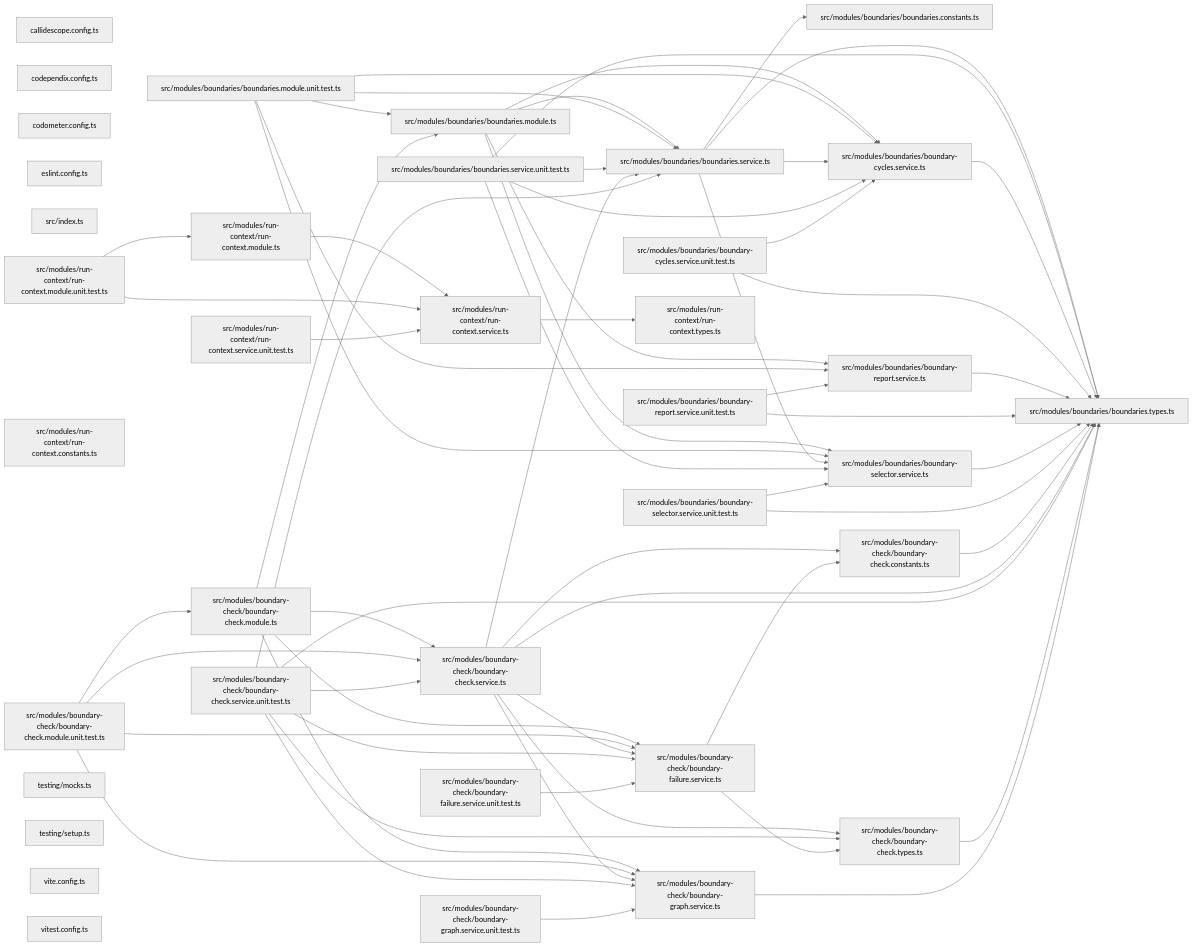
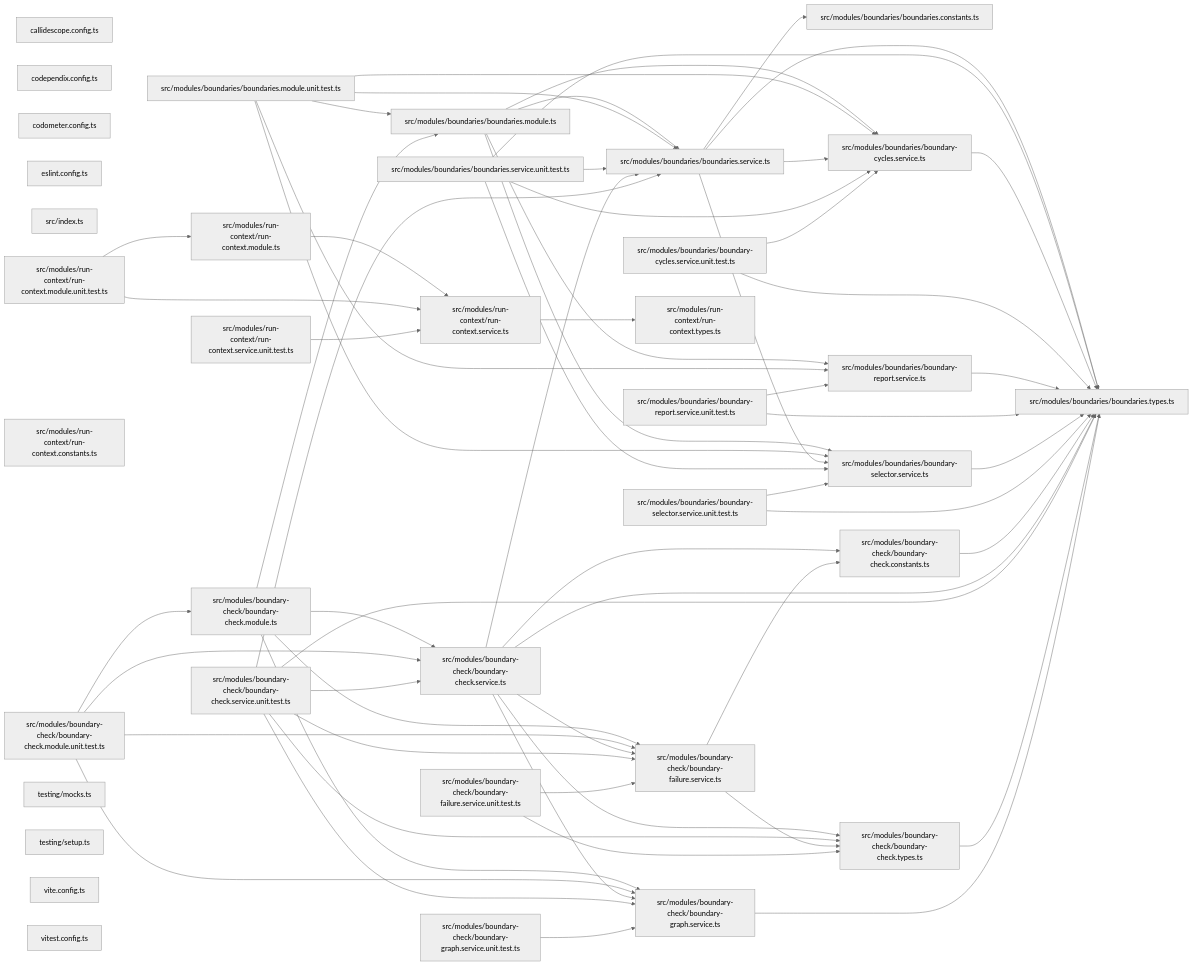
One commit to Organizzolini/codebase changed the third of 3 diagrams in packages/ic-suite/codependix/codependix-boundaries/README.md. Above: the diagram before and after it, drawn with Mermaid (neutral theme). The commit also changed other lines of this file and 8 other files, not shown here.

```diff
--- a/packages/ic-suite/codependix/codependix-boundaries/README.md
+++ b/packages/ic-suite/codependix/codependix-boundaries/README.md
@@ -297,6 +298,7 @@
   file_src_modules_boundary_check_boundary_check_types_ts --> file_src_modules_boundaries_boundaries_types_ts
   file_src_modules_boundary_check_boundary_failure_service_ts --> file_src_modules_boundary_check_boundary_check_constants_ts
   file_src_modules_boundary_check_boundary_failure_service_ts --> file_src_modules_boundary_check_boundary_check_types_ts
+  file_src_modules_boundary_check_boundary_failure_service_unit_test_ts --> file_src_modules_boundary_check_boundary_check_types_ts
   file_src_modules_boundary_check_boundary_failure_service_unit_test_ts --> file_src_modules_boundary_check_boundary_failure_service_ts
   file_src_modules_boundary_check_boundary_graph_service_ts --> file_src_modules_boundaries_boundaries_types_ts
   file_src_modules_boundary_check_boundary_graph_service_unit_test_ts --> file_src_modules_boundary_check_boundary_graph_service_ts
```
